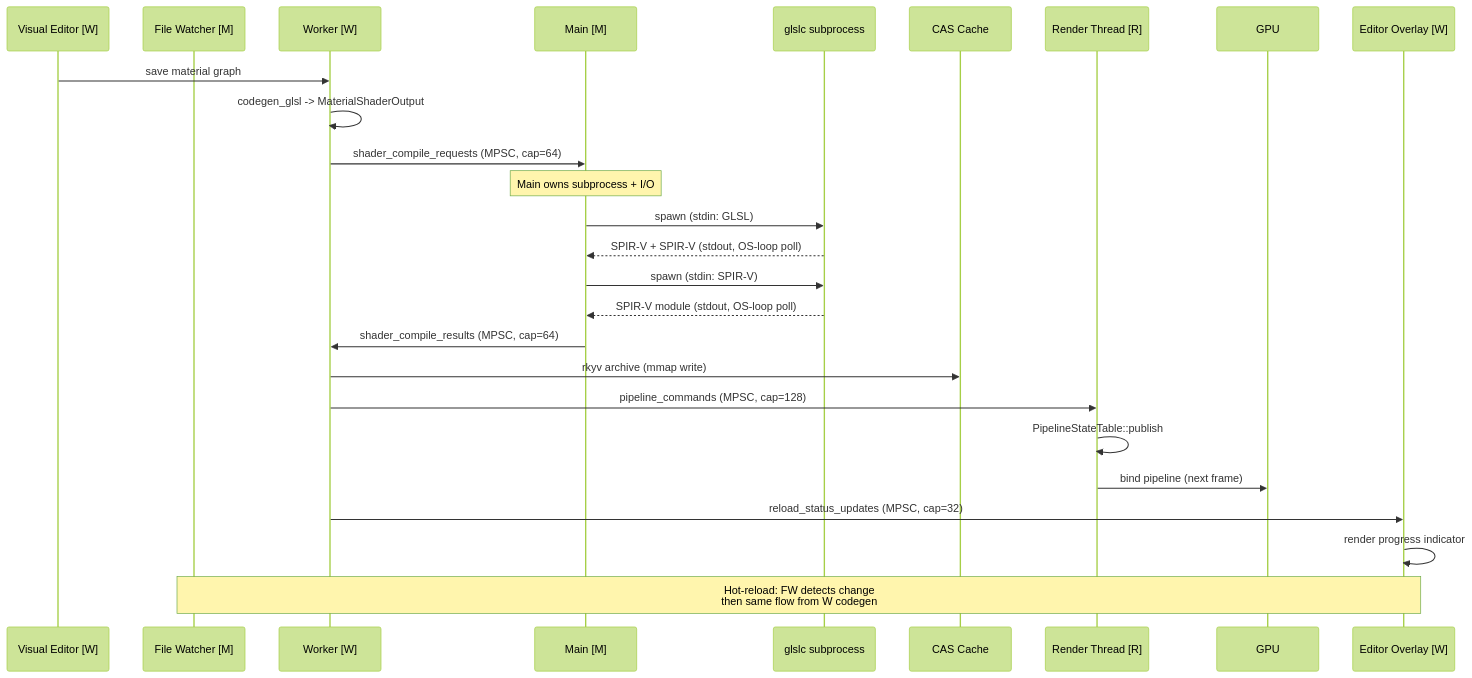
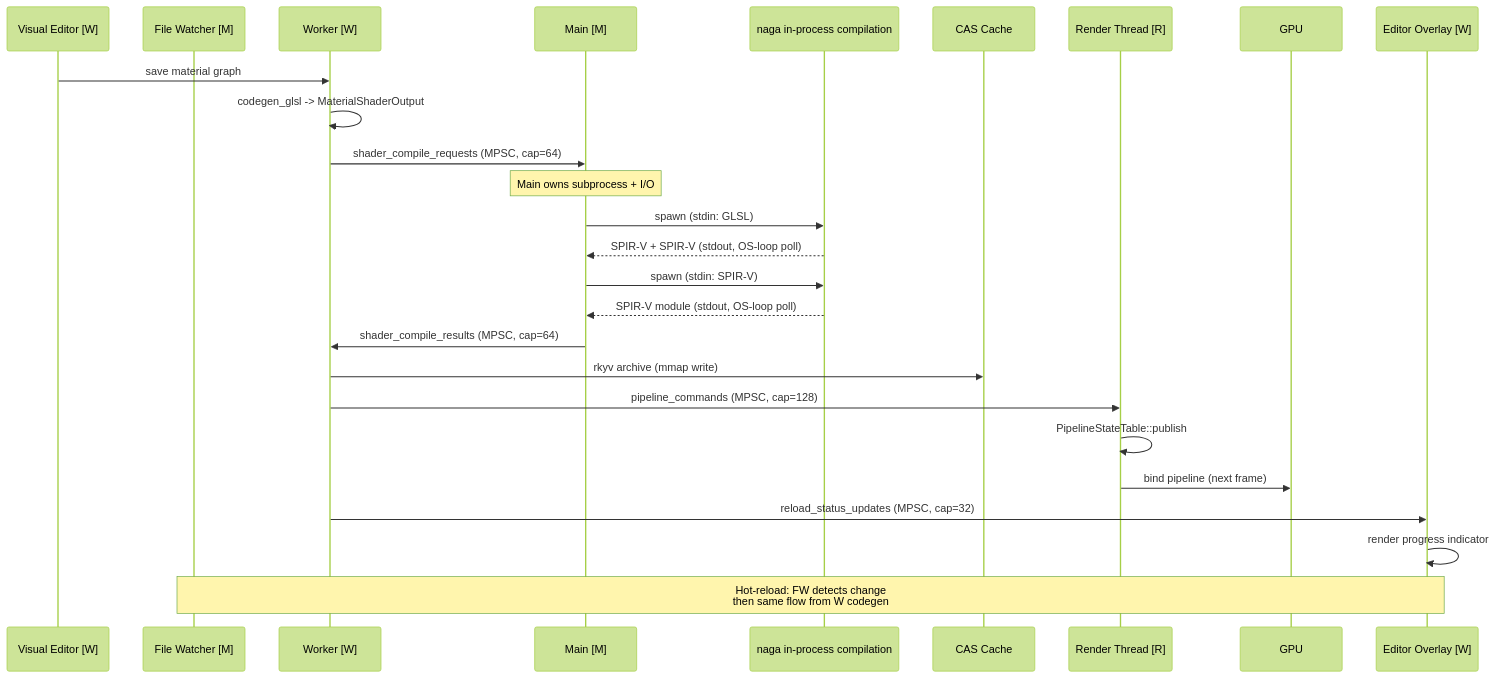
The second of 2 diagrams in docs/design/integration/rendering-scripting.md (harmonius-dev/harmonius), drawn with Mermaid (forest theme) before and after one commit. The commit also changed other lines of this file and 68 other files, not shown here.

First line of the commit message:
chore: update shader compilation process to use naga

````diff
--- a/docs/design/integration/rendering-scripting.md
+++ b/docs/design/integration/rendering-scripting.md
@@ -455,31 +455,31 @@
 ```mermaid
 sequenceDiagram
     participant VE as Visual Editor [W]
     participant FW as File Watcher [M]
     participant W as Worker [W]
     participant M as Main [M]
-    participant glslc as glslc subprocess
-    participant glslc as glslc subprocess
+    participant Naga as naga in-process compilation
+    participant Naga as naga in-process compilation
     participant CAS as CAS Cache
     participant R as Render Thread [R]
     participant GPU as GPU
     participant UI as Editor Overlay [W]
 
     VE->>W: save material graph
     W->>W: codegen_glsl -> MaterialShaderOutput
     W->>M: shader_compile_requests (MPSC, cap=64)
     Note over M: Main owns subprocess + I/O
-    M->>glslc: spawn (stdin: GLSL)
-    glslc-->>M: SPIR-V + SPIR-V (stdout, OS-loop poll)
-    M->>glslc: spawn (stdin: SPIR-V)
-    glslc-->>M: SPIR-V module (stdout, OS-loop poll)
+    M->>Naga: spawn (stdin: GLSL)
+    Naga-->>M: SPIR-V + SPIR-V (stdout, OS-loop poll)
+    M->>Naga: spawn (stdin: SPIR-V)
+    Naga-->>M: SPIR-V module (stdout, OS-loop poll)
     M->>W: shader_compile_results (MPSC, cap=64)
     W->>CAS: rkyv archive (mmap write)
     W->>R: pipeline_commands (MPSC, cap=128)
     R->>R: PipelineStateTable::publish
     R->>GPU: bind pipeline (next frame)
     W->>UI: reload_status_updates (MPSC, cap=32)
     UI->>UI: render progress indicator
 
     Note over FW,UI: Hot-reload: FW detects change<br/>then same flow from W codegen
 ```
````
